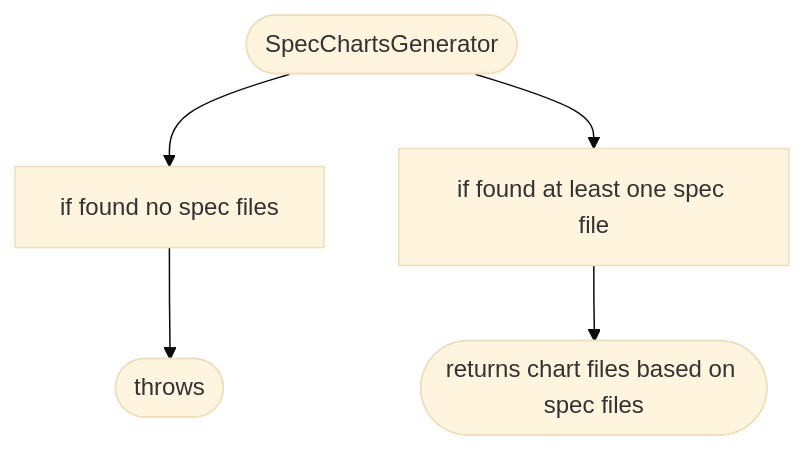
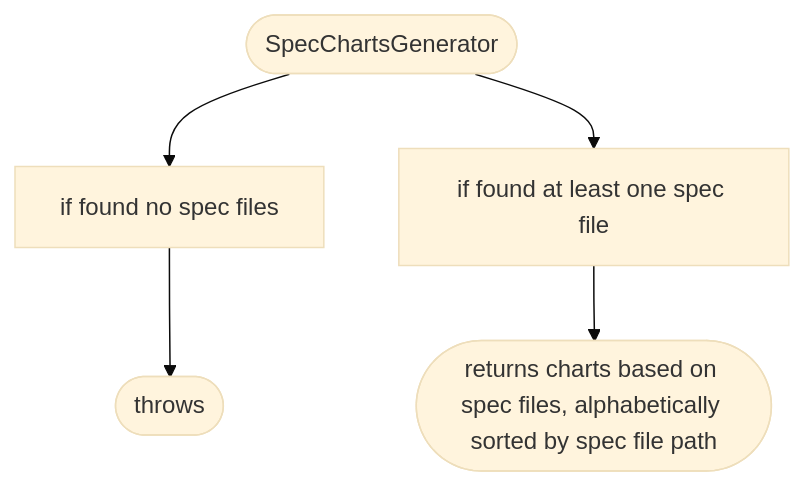
One commit to arnaudrenaud/speccharts changed the first of 7 diagrams in speccharts.md. Above: the diagram before and after it, drawn with Mermaid (base theme). The commit also changed 1 other file, not shown here.

Commit message:
Remove fake spec

````diff
--- a/speccharts.md
+++ b/speccharts.md
@@ -11,12 +11,12 @@
 ```mermaid
 flowchart TD
 N0(["SpecChartsGenerator"])
 N1["if found no spec files"]
 N0 --> N1
 N2(["throws"])
 N1 --> N2
 N3["if found at least one spec file"]
 N0 --> N3
-N4(["returns chart files based on spec files"])
+N4(["returns charts based on spec files, alphabetically sorted by spec file path"])
 N3 --> N4
 ```
````
